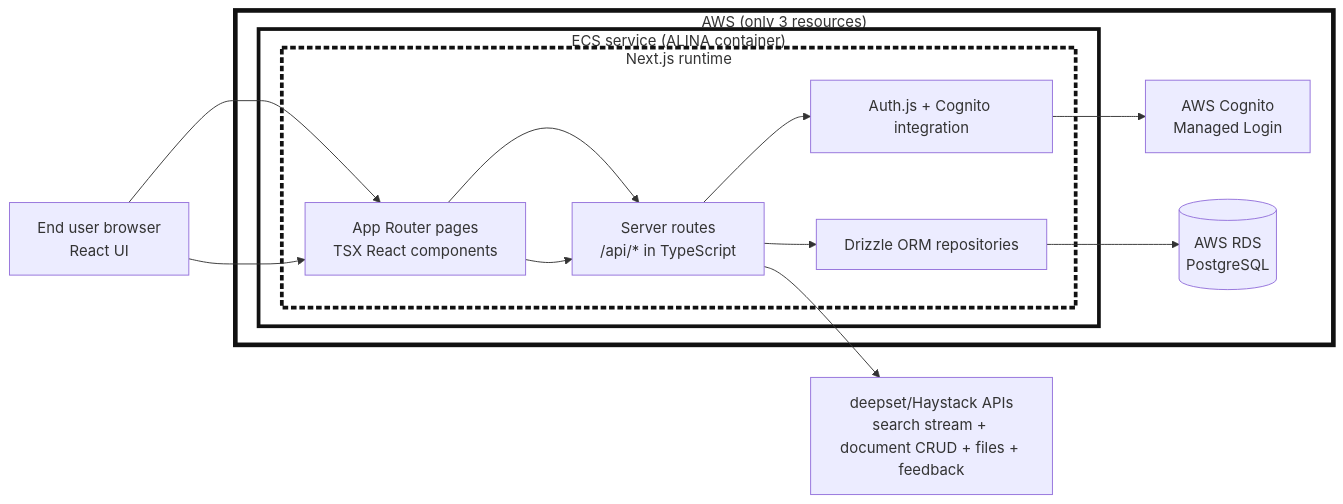
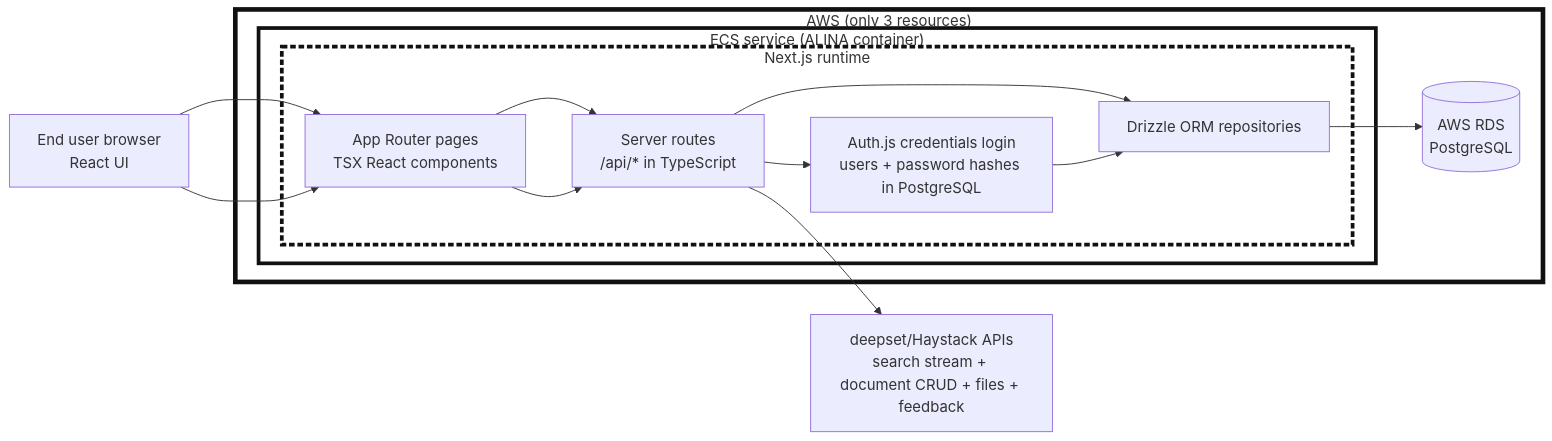
One commit to maragem/Alina-VA changed the diagram in docs/architecture-short.md. Above: the diagram before and after it, drawn with Mermaid. The commit also changed other lines of this file and 38 other files, not shown here.

First line of the commit message:
Replace Cognito with application-managed accounts

````diff
--- a/docs/architecture-short.md
+++ b/docs/architecture-short.md
@@ -5,32 +5,31 @@
 ```mermaid
 flowchart LR
     U[End user browser<br/>React UI] --> UI
 
     subgraph AWS["AWS (only 3 resources)"]
       subgraph ECS["ECS service (ALINA container)"]
         subgraph NJS["Next.js runtime"]
           UI[App Router pages<br/>TSX React components]
           API[Server routes<br/>/api/* in TypeScript]
-          AUTH[Auth.js + Cognito integration]
+          AUTH[Auth.js credentials login<br/>users + password hashes in PostgreSQL]
           DBR[Drizzle ORM repositories]
         end
       end
 
-      C[AWS Cognito<br/>Managed Login]
       RDS[(AWS RDS<br/>PostgreSQL)]
     end
 
     U --> UI
     UI --> API
     API --> AUTH
     API --> DBR
     DBR --> RDS
+    AUTH --> DBR
     API --> H[deepset/Haystack APIs\nsearch stream + document CRUD + files + feedback]
-    AUTH --> C
 
     UI --> API
 
     style AWS fill:transparent,stroke:#111111,stroke-width:5px
     style ECS fill:transparent,stroke:#111111,stroke-width:4px
     style NJS fill:transparent,stroke:#111111,stroke-width:4px,stroke-dasharray: 6 3
 ```
````
